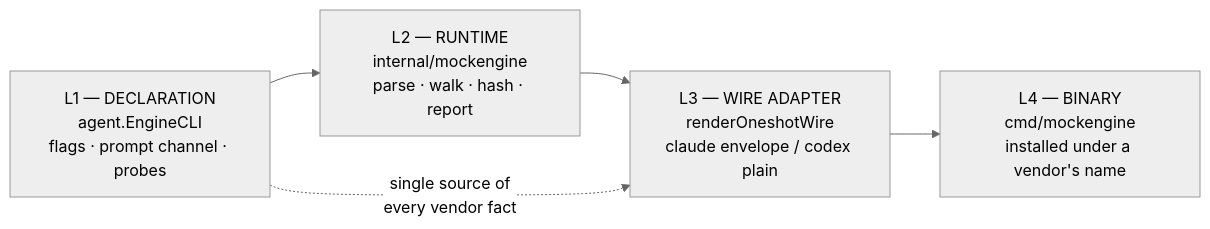
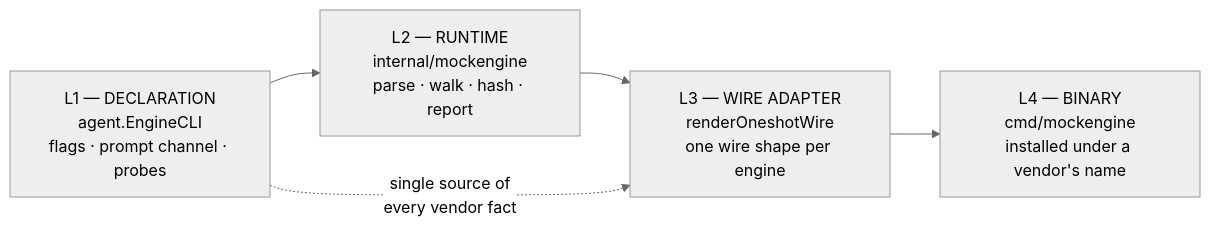
One commit to ctxloom/ctxloom changed the diagram in docs/architecture/engines/mockengine.md. Above: the diagram before and after it, drawn with Mermaid (neutral theme). The commit also changed other lines of this file and 1 other file, not shown here.

First line of the commit message:
docs(engines): mockengine and grpc-wire describe the adapters and rosters that exist

````diff
--- a/docs/architecture/engines/mockengine.md
+++ b/docs/architecture/engines/mockengine.md
@@ -16,9 +16,9 @@
 ```mermaid
 flowchart LR
     L1["L1 — DECLARATION<br/>agent.EngineCLI<br/>flags · prompt channel · probes"]
     L2["L2 — RUNTIME<br/>internal/mockengine<br/>parse · walk · hash · report"]
-    L3["L3 — WIRE ADAPTER<br/>renderOneshotWire<br/>claude envelope / codex plain"]
+    L3["L3 — WIRE ADAPTER<br/>renderOneshotWire<br/>one wire shape per engine"]
     L4["L4 — BINARY<br/>cmd/mockengine<br/>installed under a vendor's name"]
     L1 --> L2 --> L3 --> L4
     L1 -.->|"single source of<br/>every vendor fact"| L3
 ```
````
